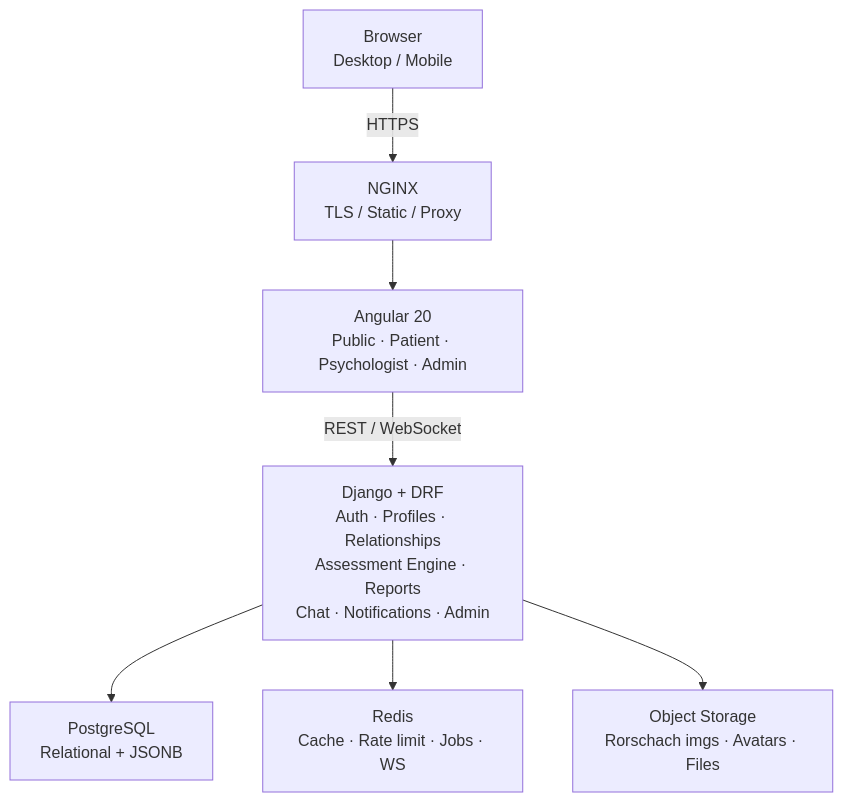
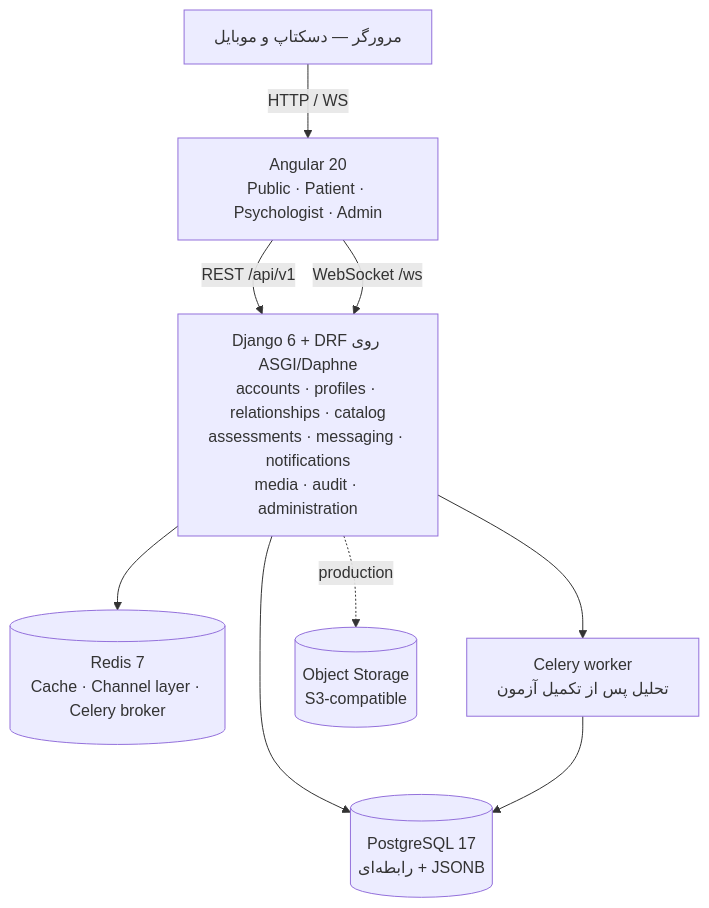
One commit to elmkhah/rorschach changed the first of 5 diagrams in documentation/00-overview.md. Above: the diagram before and after it, drawn with Mermaid. The commit also changed other lines of this file and 23 other files, not shown here.

````diff
--- a/documentation/00-overview.md
+++ b/documentation/00-overview.md
@@ -33,9 +67,12 @@
 ```mermaid
 flowchart TD
-    B["Browser<br/>Desktop / Mobile"] -->|HTTPS| N["NGINX<br/>TLS / Static / Proxy"]
-    N --> A["Angular 20<br/>Public · Patient · Psychologist · Admin"]
-    A -->|REST / WebSocket| D["Django + DRF<br/>Auth · Profiles · Relationships<br/>Assessment Engine · Reports<br/>Chat · Notifications · Admin"]
-    D --> PG["PostgreSQL<br/>Relational + JSONB"]
-    D --> R["Redis<br/>Cache · Rate limit · Jobs · WS"]
-    D --> S["Object Storage<br/>Rorschach imgs · Avatars · Files"]
+    B["مرورگر — دسکتاپ و موبایل"] -->|HTTP / WS| A["Angular 20<br/>Public · Patient · Psychologist · Admin"]
+    A -->|"REST /api/v1"| D
+    A -->|"WebSocket /ws"| D
+    D["Django 6 + DRF روی ASGI/Daphne<br/>accounts · profiles · relationships · catalog<br/>assessments · messaging · notifications<br/>media · audit · administration"]
+    D --> PG[("PostgreSQL 17<br/>رابطه‌ای + JSONB")]
+    D --> R[("Redis 7<br/>Cache · Channel layer · Celery broker")]
+    D --> C["Celery worker<br/>تحلیل پس از تکمیل آزمون"]
+    D -.->|production| S[("Object Storage<br/>S3-compatible")]
+    C --> PG
 ```
````
